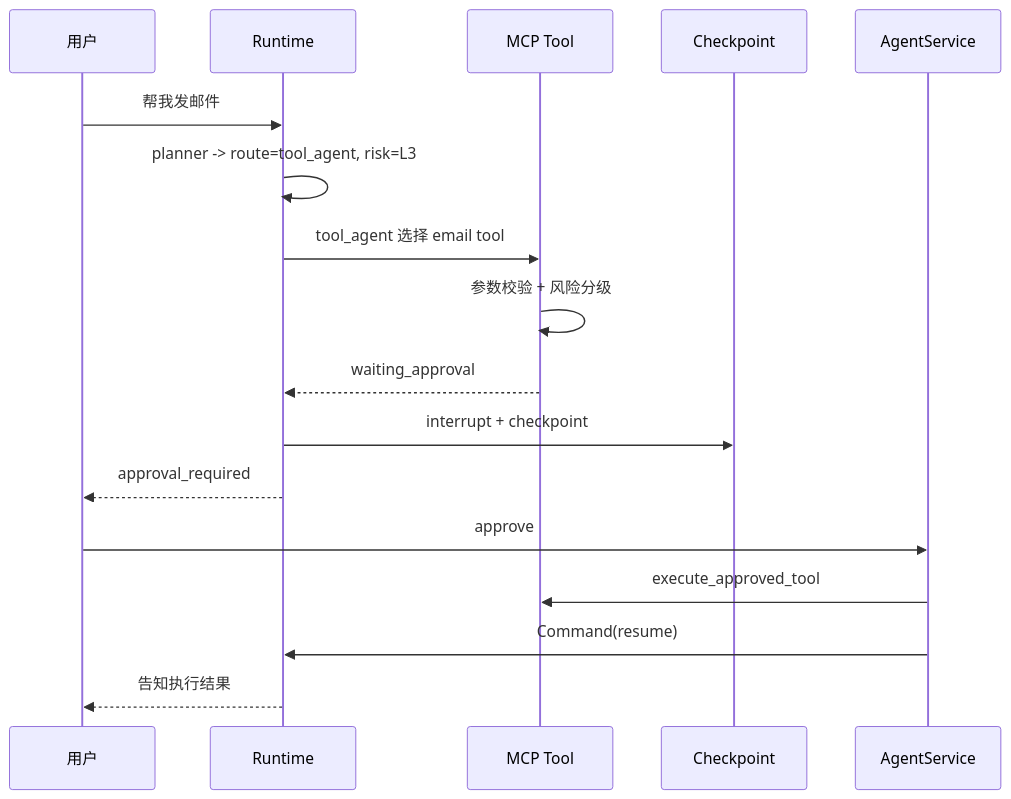
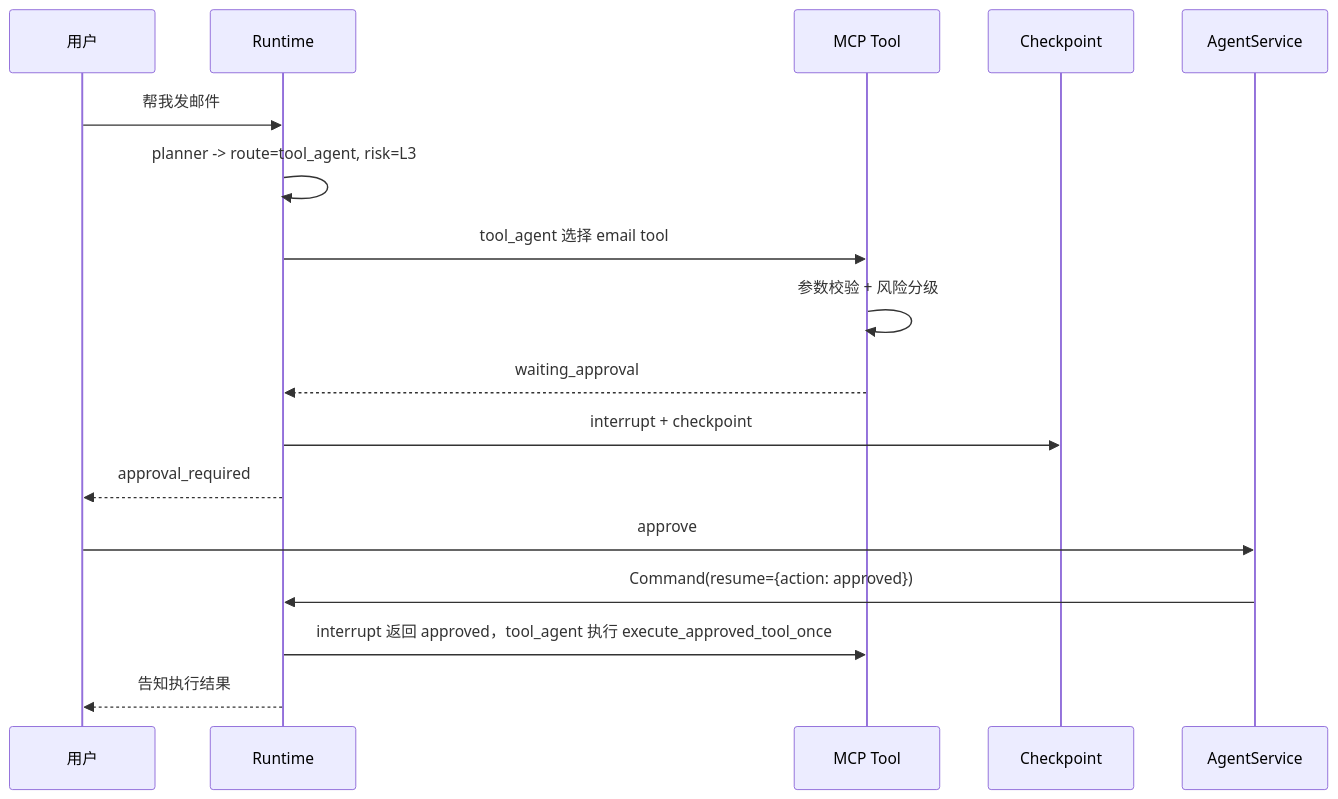
Diagram 26 of 27 in agent面试.md (Ordish-cell/InsightGap-Agent), drawn with Mermaid before and after one commit. The commit also changed other lines of this file and 28 other files, not shown here.

````diff
--- a/agent面试.md
+++ b/agent面试.md
@@ -1863,20 +1889,20 @@
 ```mermaid
 sequenceDiagram
     participant U as 用户
     participant RT as Runtime
     participant T as MCP Tool
     participant CP as Checkpoint
     participant AS as AgentService
 
     U->>RT: 帮我发邮件
     RT->>RT: planner -> route=tool_agent, risk=L3
     RT->>T: tool_agent 选择 email tool
     T->>T: 参数校验 + 风险分级
     T-->>RT: waiting_approval
     RT->>CP: interrupt + checkpoint
     RT-->>U: approval_required
     U->>AS: approve
-    AS->>T: execute_approved_tool
-    AS->>RT: Command(resume)
+    AS->>RT: Command(resume={action: approved})
+    RT->>T: interrupt 返回 approved，tool_agent 执行 execute_approved_tool_once
     RT-->>U: 告知执行结果
 ```
````
